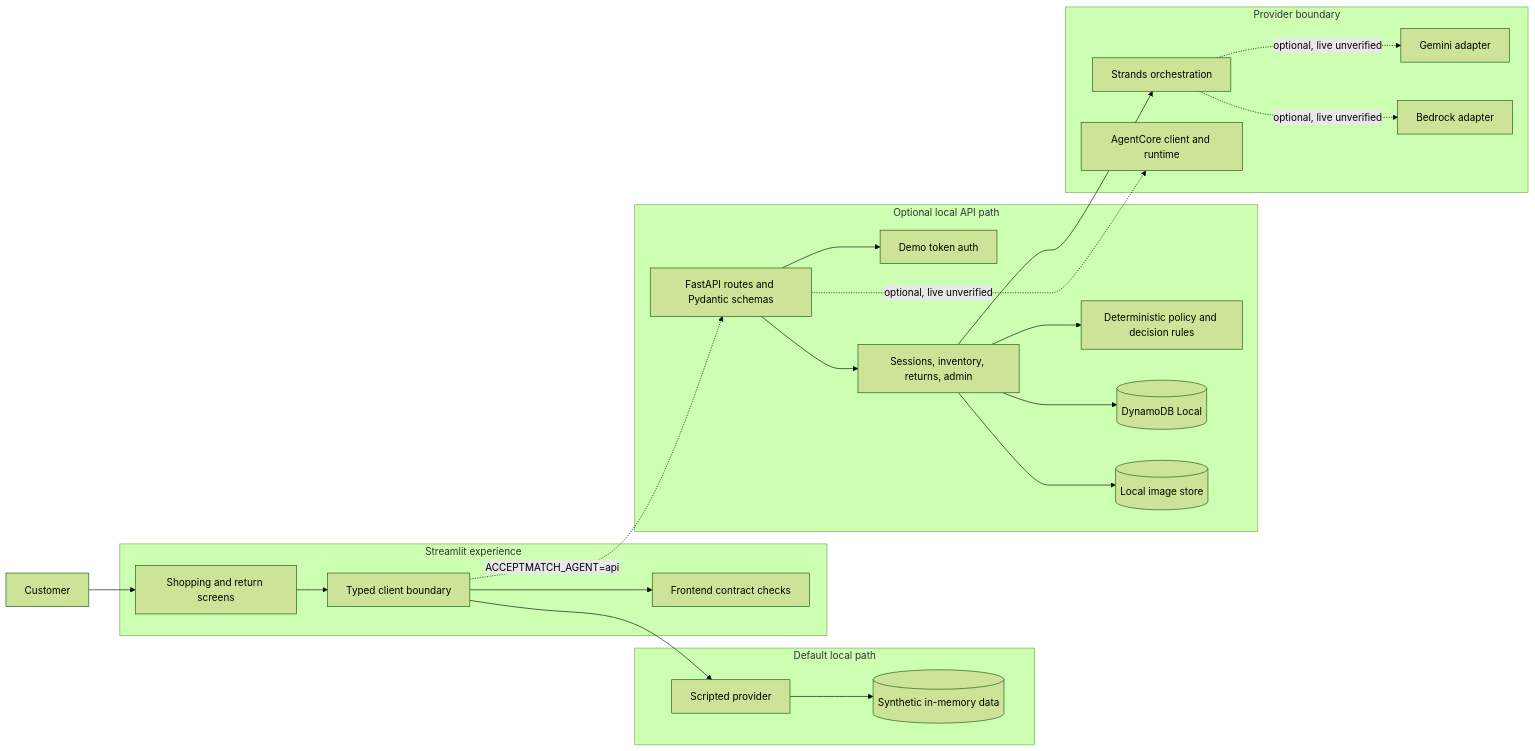
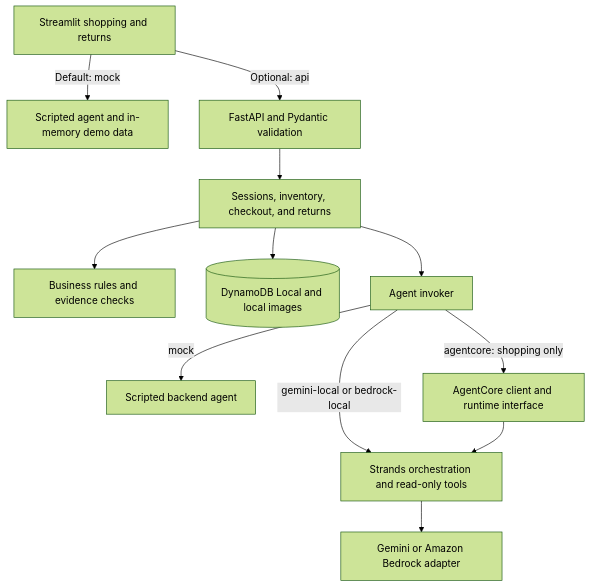
Before and after one commit to darrickren/accept_match: the diagram in README.md, drawn with Mermaid (forest theme). The commit also changed other lines of this file, not shown here.

First line of the commit message:
docs: polish portfolio README and clarify demo checkout (#5)

````diff
--- a/README.md
+++ b/README.md
@@ -33,45 +59,15 @@
 ```mermaid
-flowchart LR
-    USER[Customer]
-
-    subgraph UI[Streamlit experience]
-        ROUTES[Shopping and return screens]
-        CLIENT[Typed client boundary]
-        UIGUARD[Frontend contract checks]
-    end
-
-    subgraph LOCAL[Default local path]
-        MOCK[Scripted provider]
-        MOCKDATA[(Synthetic in-memory data)]
-    end
-
-    subgraph API[Optional local API path]
-        FASTAPI[FastAPI routes and Pydantic schemas]
-        AUTH[Demo token auth]
-        SERVICES[Sessions, inventory, returns, admin]
-        RULES[Deterministic policy and decision rules]
-        DDB[(DynamoDB Local)]
-        FILES[(Local image store)]
-    end
-
-    subgraph AGENTS[Provider boundary]
-        ORCH[Strands orchestration]
-        GEMINI[Gemini adapter]
-        BEDROCK[Bedrock adapter]
-        AGENTCORE[AgentCore client and runtime]
-    end
-
-    USER --> ROUTES --> CLIENT
-    CLIENT --> MOCK --> MOCKDATA
-    CLIENT -. ACCEPTMATCH_AGENT=api .-> FASTAPI
-    FASTAPI --> AUTH
-    FASTAPI --> SERVICES
-    SERVICES --> RULES
-    SERVICES --> DDB
-    SERVICES --> FILES
-    SERVICES --> ORCH
-    ORCH -. optional, live unverified .-> GEMINI
-    ORCH -. optional, live unverified .-> BEDROCK
-    FASTAPI -. optional, live unverified .-> AGENTCORE
-    CLIENT --> UIGUARD
+flowchart TD
+    UI[Streamlit shopping and returns]
+    UI -->|Default: mock| MOCK[Scripted agent and in-memory demo data]
+    UI -->|Optional: api| API[FastAPI and Pydantic validation]
+    API --> SVC[Sessions, inventory, checkout, and returns]
+    SVC --> RULES[Business rules and evidence checks]
+    SVC --> DATA[(DynamoDB Local and local images)]
+    SVC --> INV[Agent invoker]
+    INV -->|mock| SCRIPT[Scripted backend agent]
+    INV -->|gemini-local or bedrock-local| STRANDS[Strands orchestration and read-only tools]
+    STRANDS --> PROVIDERS[Gemini or Amazon Bedrock adapter]
+    INV -->|agentcore: shopping only| CORE[AgentCore client and runtime interface]
+    CORE --> STRANDS
 ```
````
